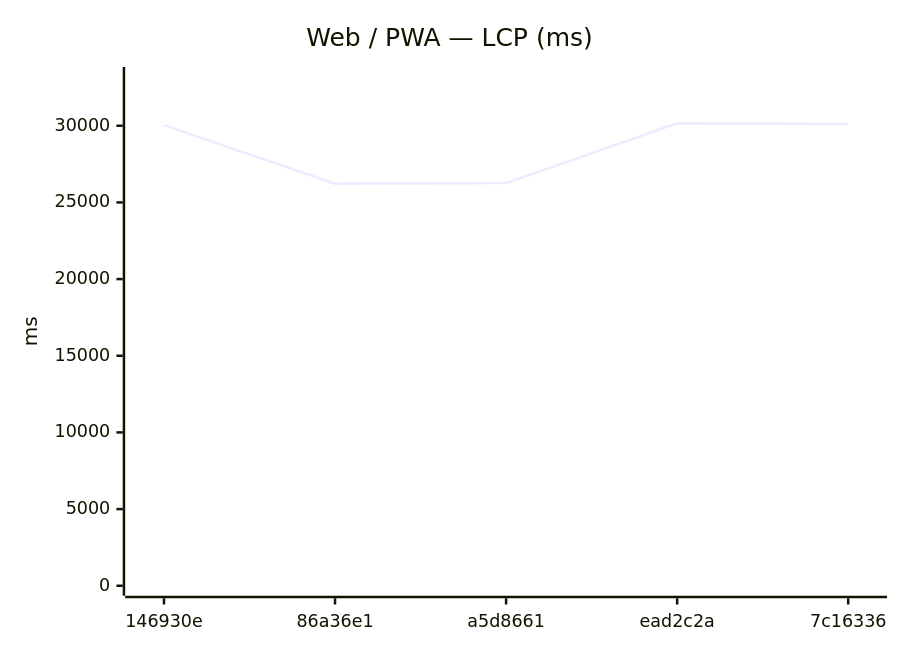
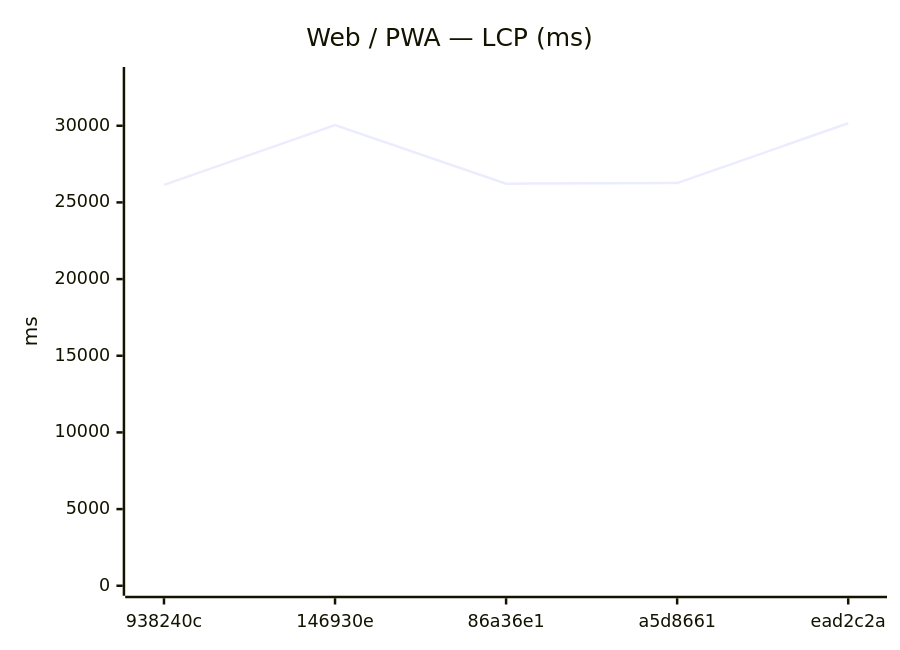
The fifth of 12 diagrams in benchmarks/compare.md (Metaheurist/Rianell), drawn with Mermaid before and after one commit. The commit also changed other lines of this file and 8 other files, not shown here.

````diff
--- a/benchmarks/compare.md
+++ b/benchmarks/compare.md
@@ -82,7 +82,7 @@
 ```mermaid
 xychart-beta
     title "Web / PWA — LCP (ms)"
-    x-axis ["146930e", "86a36e1", "a5d8661", "ead2c2a", "7c16336"]
+    x-axis ["938240c", "146930e", "86a36e1", "a5d8661", "ead2c2a"]
     y-axis "ms" 0 --> 33179
-    line [30039, 26222, 26258, 30162, 30106]
+    line [26143, 30039, 26222, 26258, 30162]
 ```
````
